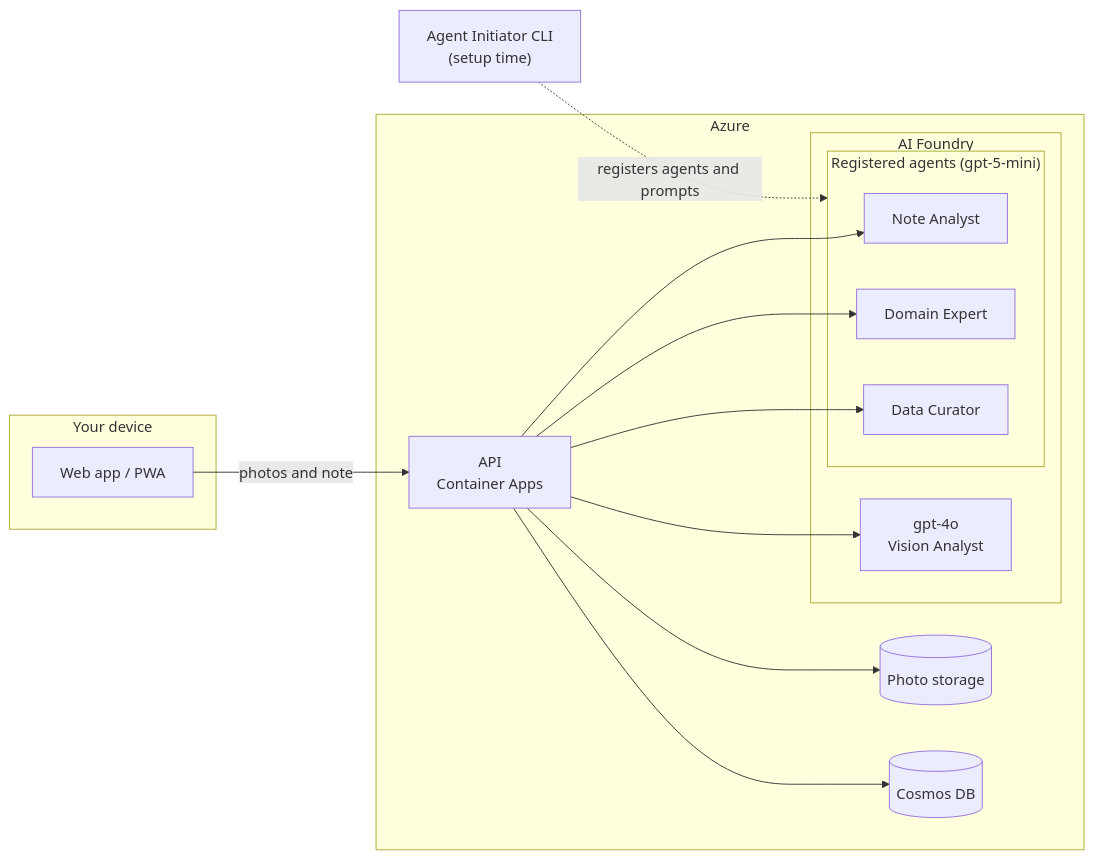
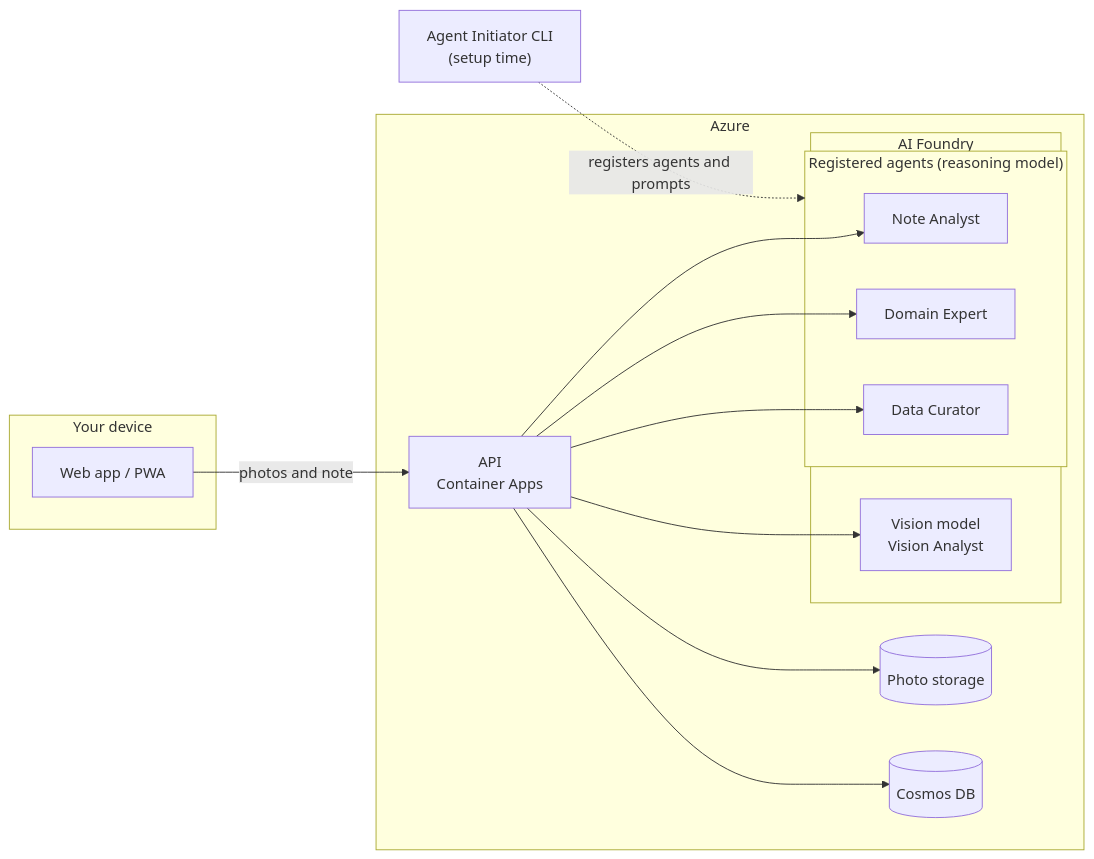
Before and after one commit to briandenicola/drinks-and-desserts: the third of 5 diagrams in docs/ai-agents.md, drawn with Mermaid. The commit also changed other lines of this file and 45 other files, not shown here.

````diff
--- a/docs/ai-agents.md
+++ b/docs/ai-agents.md
@@ -127,29 +129,29 @@
 ```mermaid
 flowchart LR
     subgraph Device["Your device"]
         PWA[Web app / PWA]
     end
 
     subgraph Azure["Azure"]
         API["API<br/>Container Apps"]
         subgraph Foundry["AI Foundry"]
-            GPT4o["gpt-4o<br/>Vision Analyst"]
-            subgraph Agents["Registered agents (gpt-5-mini)"]
+            GPT4o["Vision model<br/>Vision Analyst"]
+            subgraph Agents["Registered agents (reasoning model)"]
                 NA[Note Analyst]
                 DE[Domain Expert]
                 DC[Data Curator]
             end
         end
         Blob[(Photo storage)]
         Cosmos[(Cosmos DB)]
     end
 
     Init["Agent Initiator CLI<br/>(setup time)"] -. registers agents and prompts .-> Agents
     PWA -->|photos and note| API
     API --> Blob
     API --> Cosmos
     API --> GPT4o
     API --> NA
     API --> DE
     API --> DC
 ```
````
